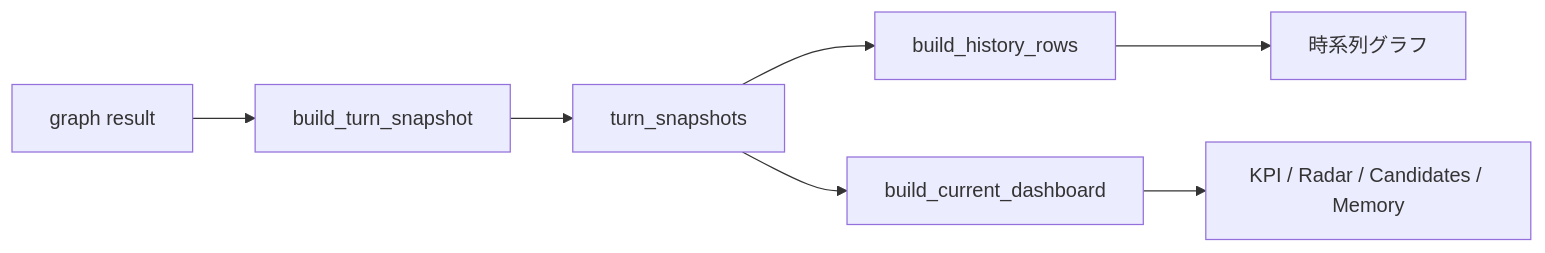
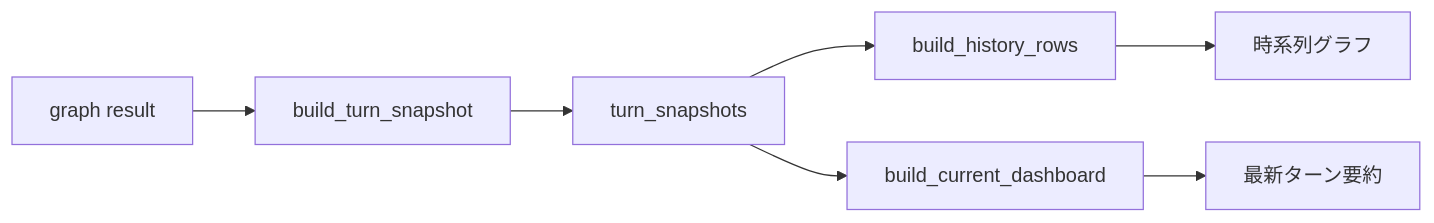
The second of 2 diagrams in guides/streamlit-ui.md (yatarousan0227/SplitMind-AI), drawn with Mermaid before and after one commit. The commit also changed other lines of this file and 100 other files, not shown here.

````diff
--- a/guides/streamlit-ui.md
+++ b/guides/streamlit-ui.md
@@ -164,9 +106,9 @@
 ```mermaid
 flowchart LR
     A["graph result"] --> B["build_turn_snapshot"]
     B --> C["turn_snapshots"]
     C --> D["build_history_rows"]
     C --> E["build_current_dashboard"]
     D --> F["時系列グラフ"]
-    E --> G["KPI / Radar / Candidates / Memory"]
+    E --> G["最新ターン要約"]
 ```
````
